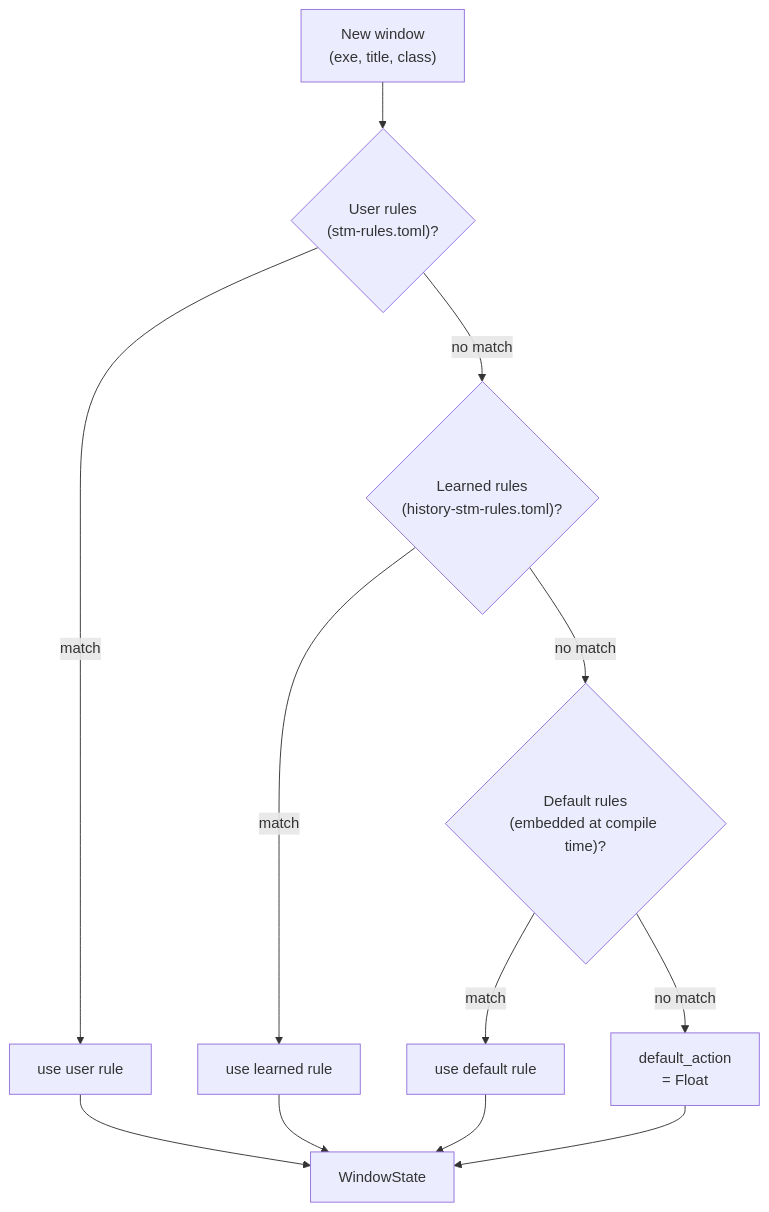
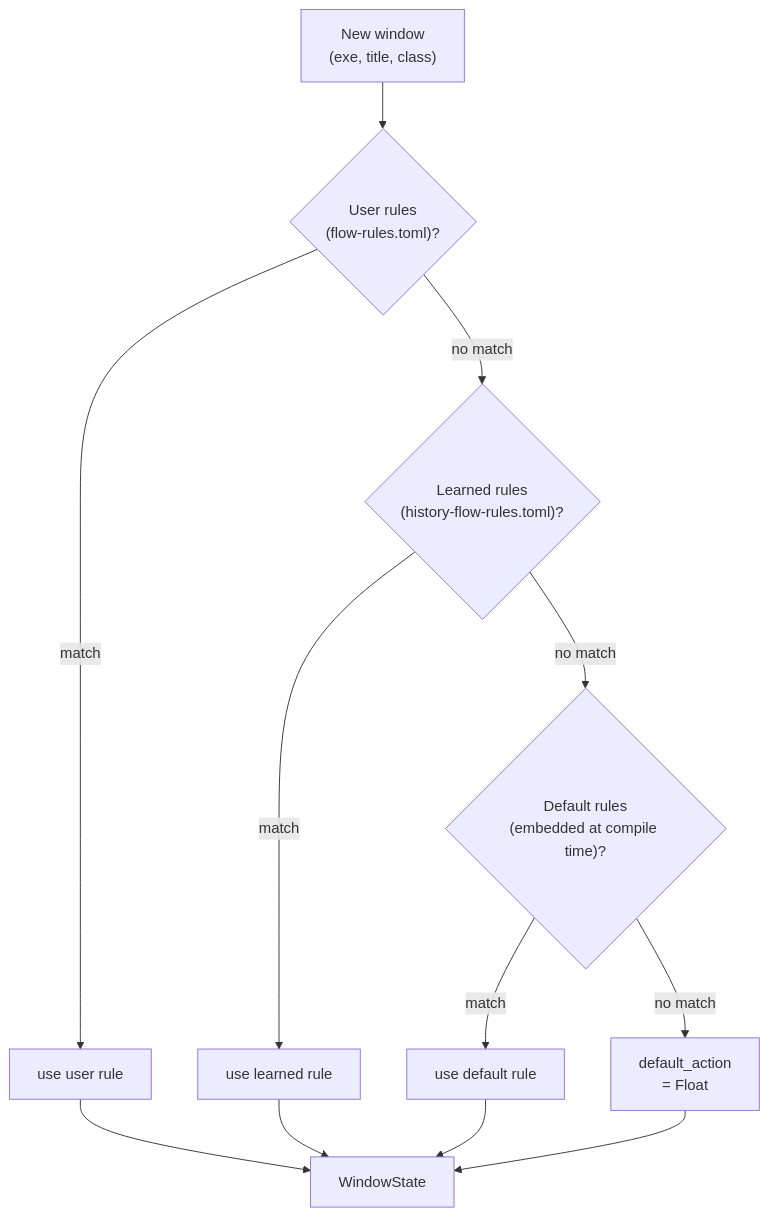
Before and after one commit to CCpcalvin/flow-wm: the first of 2 diagrams in docs/src/dev-guide/classification.md, drawn with Mermaid. The commit also changed other lines of this file and 108 other files, not shown here.

Commit message:
refactor: rename project from scrolling-tiling-manager to flow-wm

````diff
--- a/docs/src/dev-guide/classification.md
+++ b/docs/src/dev-guide/classification.md
@@ -33,14 +33,14 @@
 ```mermaid
 flowchart TB
-    W["New window<br/>(exe, title, class)"] --> L1{"User rules<br/>(stm-rules.toml)?"}
+    W["New window<br/>(exe, title, class)"] --> L1{"User rules<br/>(flow-rules.toml)?"}
     L1 -- match --> R1["use user rule"]
-    L1 -- no match --> L2{"Learned rules<br/>(history-stm-rules.toml)?"}
+    L1 -- no match --> L2{"Learned rules<br/>(history-flow-rules.toml)?"}
     L2 -- match --> R2["use learned rule"]
     L2 -- no match --> L3{"Default rules<br/>(embedded at compile time)?"}
     L3 -- match --> R3["use default rule"]
     L3 -- no match --> L4["default_action<br/>= Float"]
     R1 --> OUT["WindowState"]
     R2 --> OUT
     R3 --> OUT
     L4 --> OUT
 ```
````
